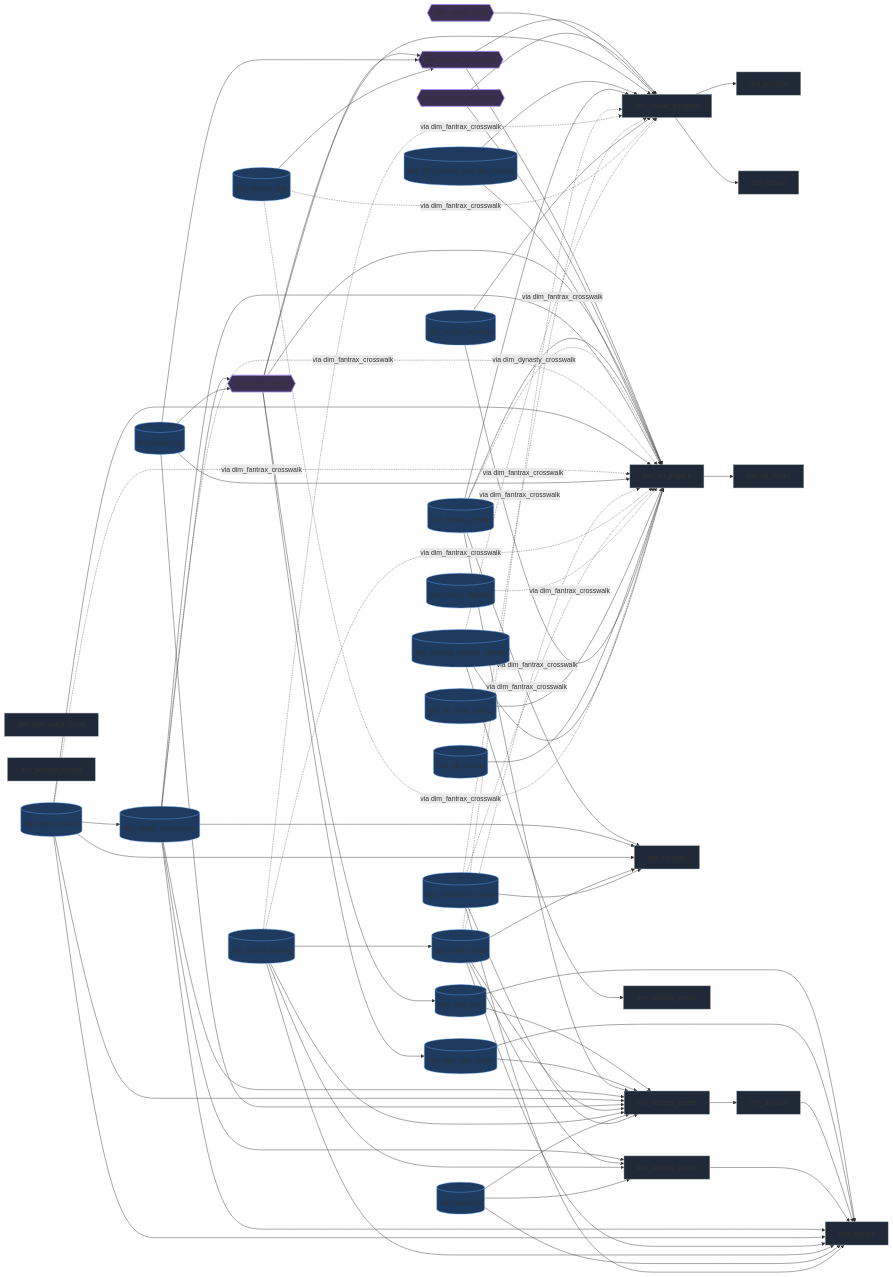
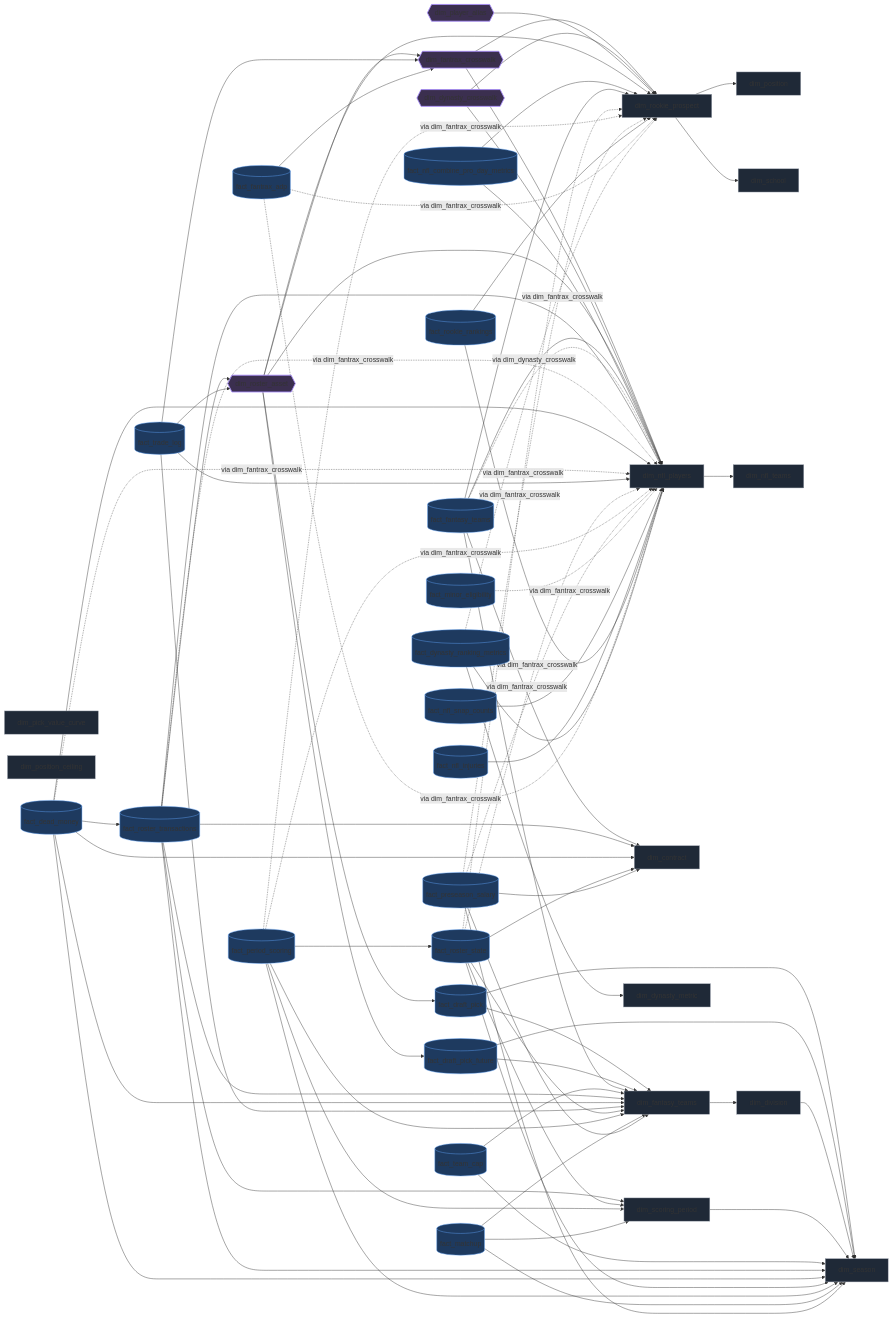
The diagram in docs/DATA_MODEL.md (benjamininja/Python-PowerBI-DynastyFantasyFootball), drawn with Mermaid before and after one commit. The commit also changed 15 other files, not shown here.

First line of the commit message:
feat: publish fact_team_cap, the per-team cap table (#97 PR 2)

```diff
--- a/docs/DATA_MODEL.md
+++ b/docs/DATA_MODEL.md
@@ -31,6 +31,7 @@
     dim_roster_asset{{dim_roster_asset}}
     fact_nfl_combine_pro_day_metrics[(fact_nfl_combine_pro_day_metrics)]
     fact_fantasy_teams[(fact_fantasy_teams)]
+    fact_team_cap[(fact_team_cap)]
     fact_roster_transactions[(fact_roster_transactions)]
     fact_dead_money[(fact_dead_money)]
     fact_trade_log[(fact_trade_log)]
@@ -71,6 +72,8 @@
     fact_fantasy_teams -.via dim_fantrax_crosswalk.-> dim_nfl_players
     fact_fantasy_teams --> dim_rookie_prospect
     fact_fantasy_teams --> dim_contract
+    fact_team_cap --> dim_fantasy_teams
+    fact_team_cap --> dim_season
     fact_roster_transactions --> dim_fantasy_teams
     fact_roster_transactions --> dim_roster_asset
     fact_roster_transactions --> dim_season
@@ -144,6 +147,7 @@
     class dim_roster_asset resolver;
     class fact_nfl_combine_pro_day_metrics fact;
     class fact_fantasy_teams fact;
+    class fact_team_cap fact;
     class fact_roster_transactions fact;
     class fact_dead_money fact;
     class fact_trade_log fact;
```
